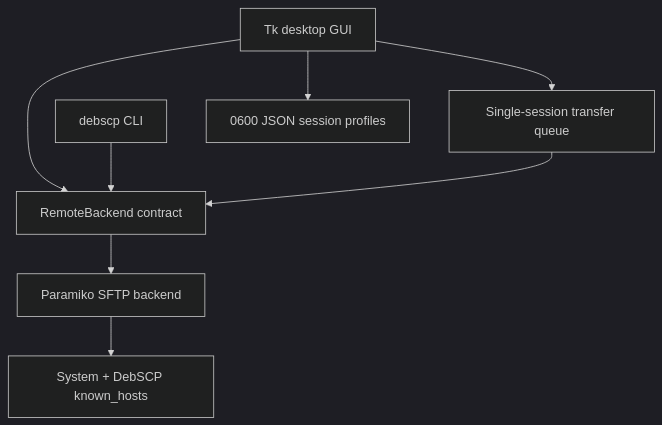
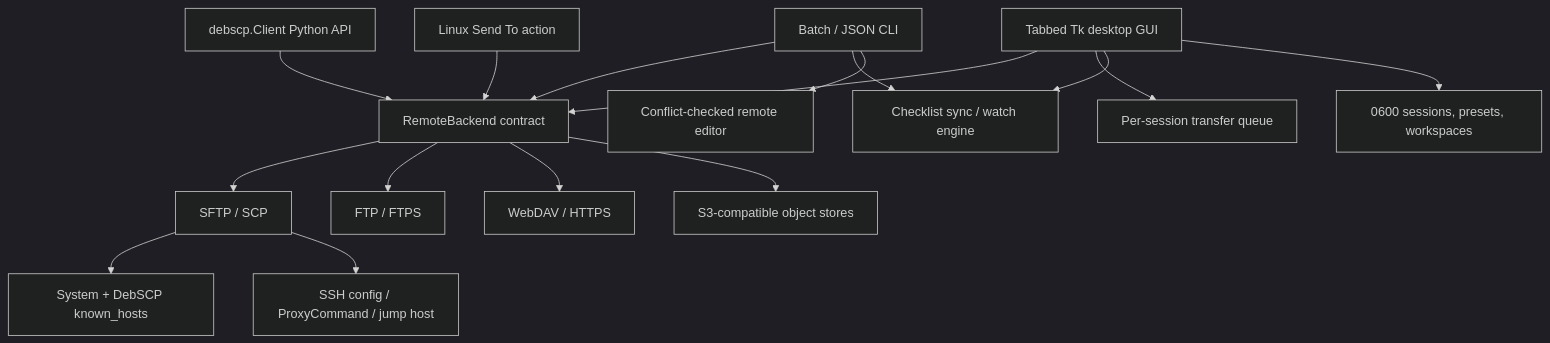
The diagram in docs/ARCHITECTURE.md (2E0LXY/DebSCP), drawn with Mermaid (dark theme) before and after one commit. The commit also changed other lines of this file and 42 other files, not shown here.

````diff
--- a/docs/ARCHITECTURE.md
+++ b/docs/ARCHITECTURE.md
@@ -6,10 +7,18 @@
 ```mermaid
 flowchart TD
-    GUI["Tk desktop GUI"] --> B["RemoteBackend contract"]
-    CLI["debscp CLI"] --> B
-    GUI --> Q["Single-session transfer queue"]
-    Q --> B
-    B --> SFTP["Paramiko SFTP backend"]
-    GUI --> STORE["0600 JSON session profiles"]
+    GUI["Tabbed Tk desktop GUI"] --> B["RemoteBackend contract"]
+    CLI["Batch / JSON CLI"] --> B
+    API["debscp.Client Python API"] --> B
+    SHELL["Linux Send To action"] --> B
+    GUI --> Q["Per-session transfer queue"]
+    CLI --> SYNC["Checklist sync / watch engine"]
+    GUI --> SYNC
+    CLI --> EDIT["Conflict-checked remote editor"]
+    B --> SFTP["SFTP / SCP"]
+    B --> FTP["FTP / FTPS"]
+    B --> DAV["WebDAV / HTTPS"]
+    B --> S3["S3-compatible object stores"]
     SFTP --> KH["System + DebSCP known_hosts"]
+    SFTP --> PROXY["SSH config / ProxyCommand / jump host"]
+    GUI --> STORE["0600 sessions, presets, workspaces"]
 ```
````
